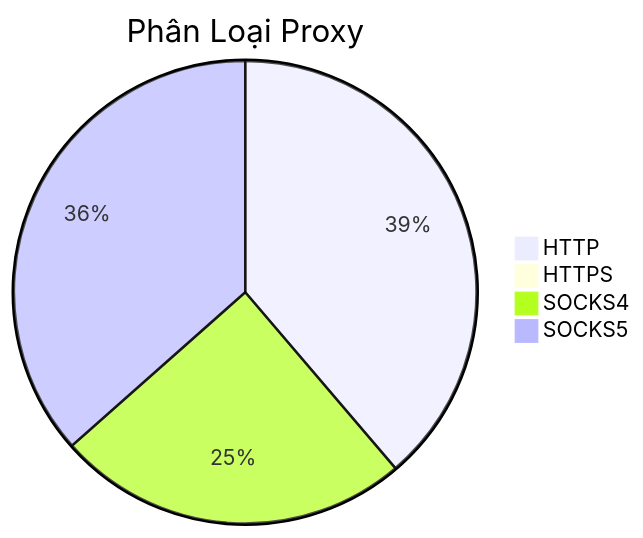
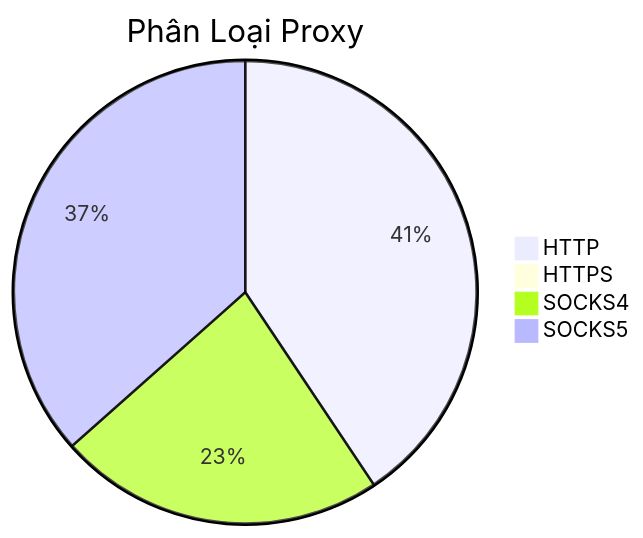
Before and after one commit to Ciara-12/PROXY-free: the diagram in README.md, drawn with Mermaid. The commit also changed other lines of this file and 4 other files, not shown here.

````diff
--- a/README.md
+++ b/README.md
@@ -26,7 +26,7 @@
 ```mermaid
 pie title Phân Loại Proxy
-    "HTTP" : 331
-    "HTTPS" : 3
-    "SOCKS4" : 211
-    "SOCKS5" : 312
+    "HTTP" : 349
+    "HTTPS" : 1
+    "SOCKS4" : 196
+    "SOCKS5" : 314
 ```
````
